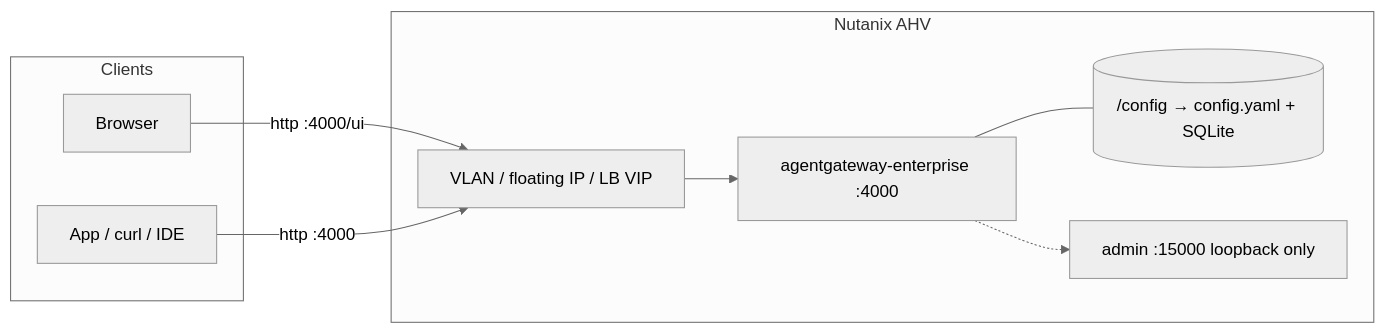
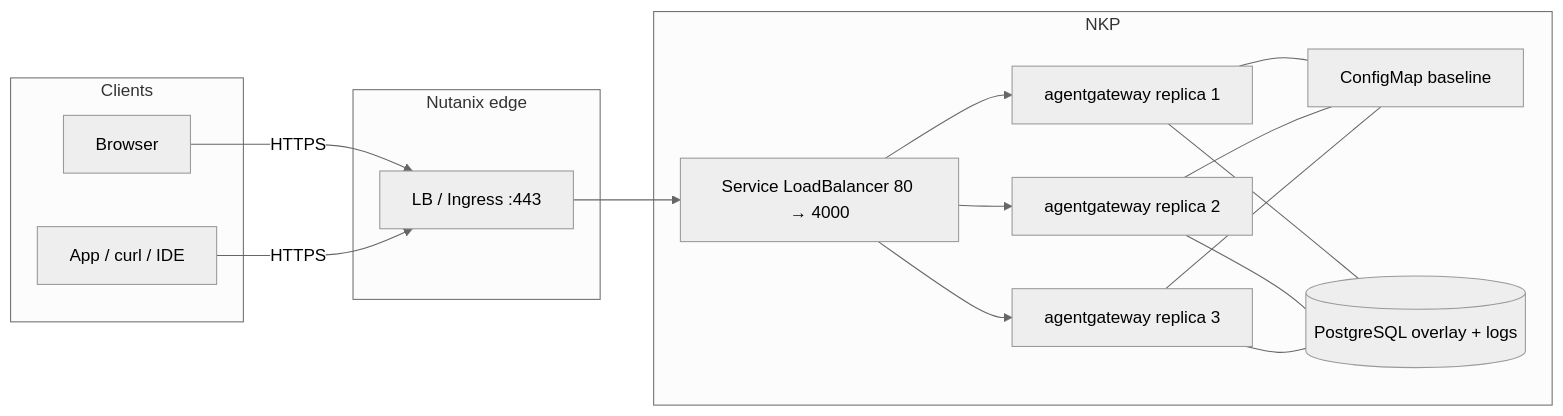
One commit to sebbycorp/maniak-io changed the diagram in content/articles/2026-09-10-solo-enterprise-agentgateway-standalone-on-nutanix.md. Above: the diagram before and after it, drawn with Mermaid (neutral theme). The commit also changed other lines of this file, not shown here.

First line of the commit message:
Rewrite Nutanix article as HA integration how-to on NKP

````diff
--- a/content/articles/2026-09-10-solo-enterprise-agentgateway-standalone-on-nutanix.md
+++ b/content/articles/2026-09-10-solo-enterprise-agentgateway-standalone-on-nutanix.md
@@ -134,20 +114,33 @@
 ```mermaid
 flowchart LR
   subgraph clients [Clients]
     Browser[Browser]
     App[App / curl / IDE]
   end
 
-  subgraph nutanix [Nutanix AHV]
-    VIP["VLAN / floating IP / LB VIP"]
-    GW["agentgateway-enterprise :4000"]
-    Disk[("/config → config.yaml + SQLite")]
-    Admin["admin :15000 loopback only"]
+  subgraph edge [Nutanix edge]
+    TLS["LB / Ingress :443"]
   end
 
-  Browser -->|http :4000/ui| VIP
-  App -->|http :4000| VIP
-  VIP --> GW
-  GW --- Disk
-  GW -.-> Admin
+  subgraph nkp [NKP]
+    SVC["Service LoadBalancer 80 → 4000"]
+    P1["agentgateway replica 1"]
+    P2["agentgateway replica 2"]
+    P3["agentgateway replica 3"]
+    CM["ConfigMap baseline"]
+    PG[("PostgreSQL overlay + logs")]
+  end
+
+  Browser -->|HTTPS| TLS
+  App -->|HTTPS| TLS
+  TLS --> SVC
+  SVC --> P1
+  SVC --> P2
+  SVC --> P3
+  P1 --- CM
+  P2 --- CM
+  P3 --- CM
+  P1 --- PG
+  P2 --- PG
+  P3 --- PG
 ```
````
